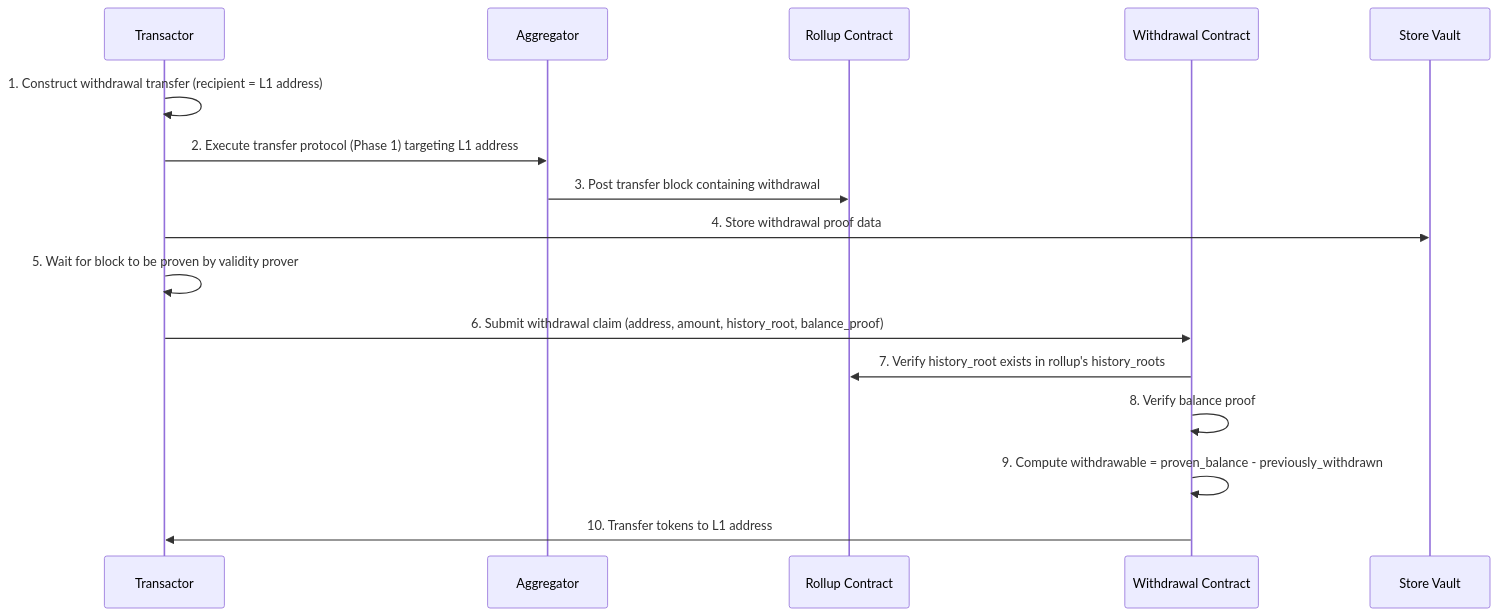
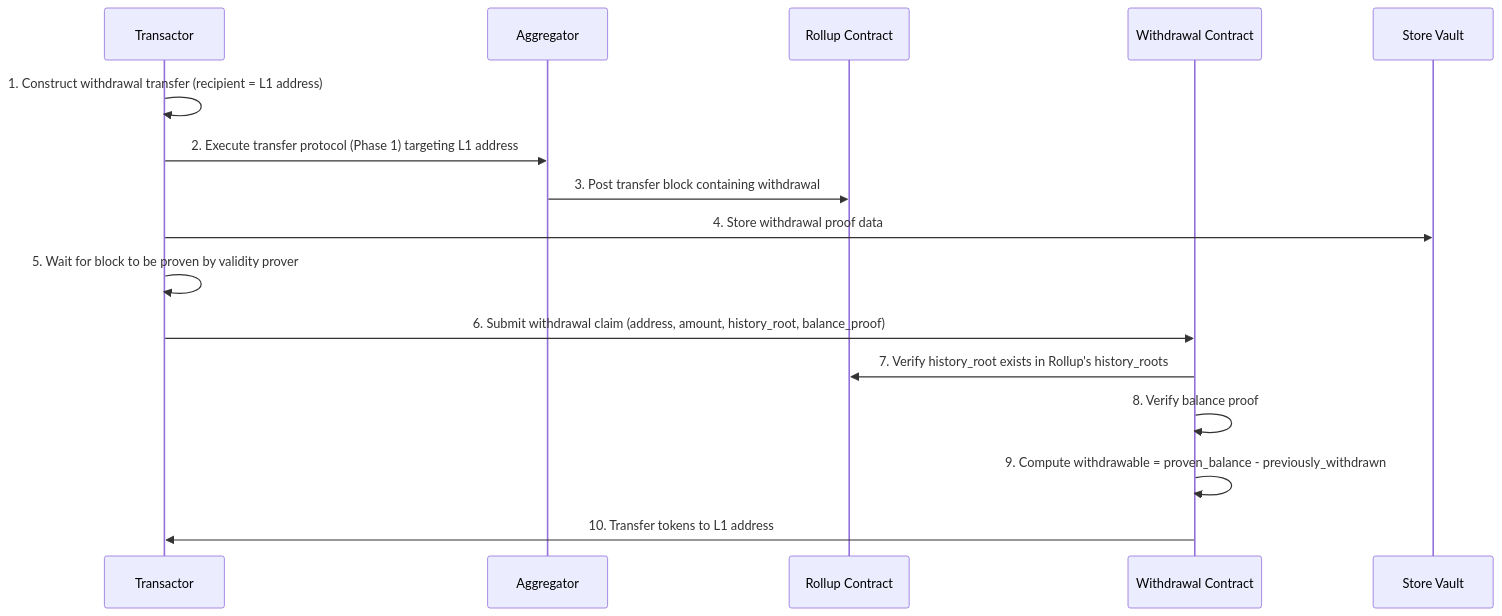
One commit to ethereum/iptf-pocs changed the sixth of 6 diagrams in pocs/private-payment/plasma/SPEC.md. Above: the diagram before and after it, drawn with Mermaid. The commit also changed other lines of this file, not shown here.

Commit message:
chore: reword into plasma, add note about rollup contracts

````diff
--- a/pocs/private-payment/plasma/SPEC.md
+++ b/pocs/private-payment/plasma/SPEC.md
@@ -410,19 +413,19 @@
 ```mermaid
 sequenceDiagram
     participant T as Transactor
     participant A as Aggregator
     participant R as Rollup Contract
     participant W as Withdrawal Contract
     participant SV as Store Vault
 
     T->>T: 1. Construct withdrawal transfer (recipient = L1 address)
     T->>A: 2. Execute transfer protocol (Phase 1) targeting L1 address
     A->>R: 3. Post transfer block containing withdrawal
     T->>SV: 4. Store withdrawal proof data
     T->>T: 5. Wait for block to be proven by validity prover
     T->>W: 6. Submit withdrawal claim (address, amount, history_root, balance_proof)
-    W->>R: 7. Verify history_root exists in rollup's history_roots
+    W->>R: 7. Verify history_root exists in Rollup's history_roots
     W->>W: 8. Verify balance proof
     W->>W: 9. Compute withdrawable = proven_balance - previously_withdrawn
     W->>T: 10. Transfer tokens to L1 address
 ```
````
